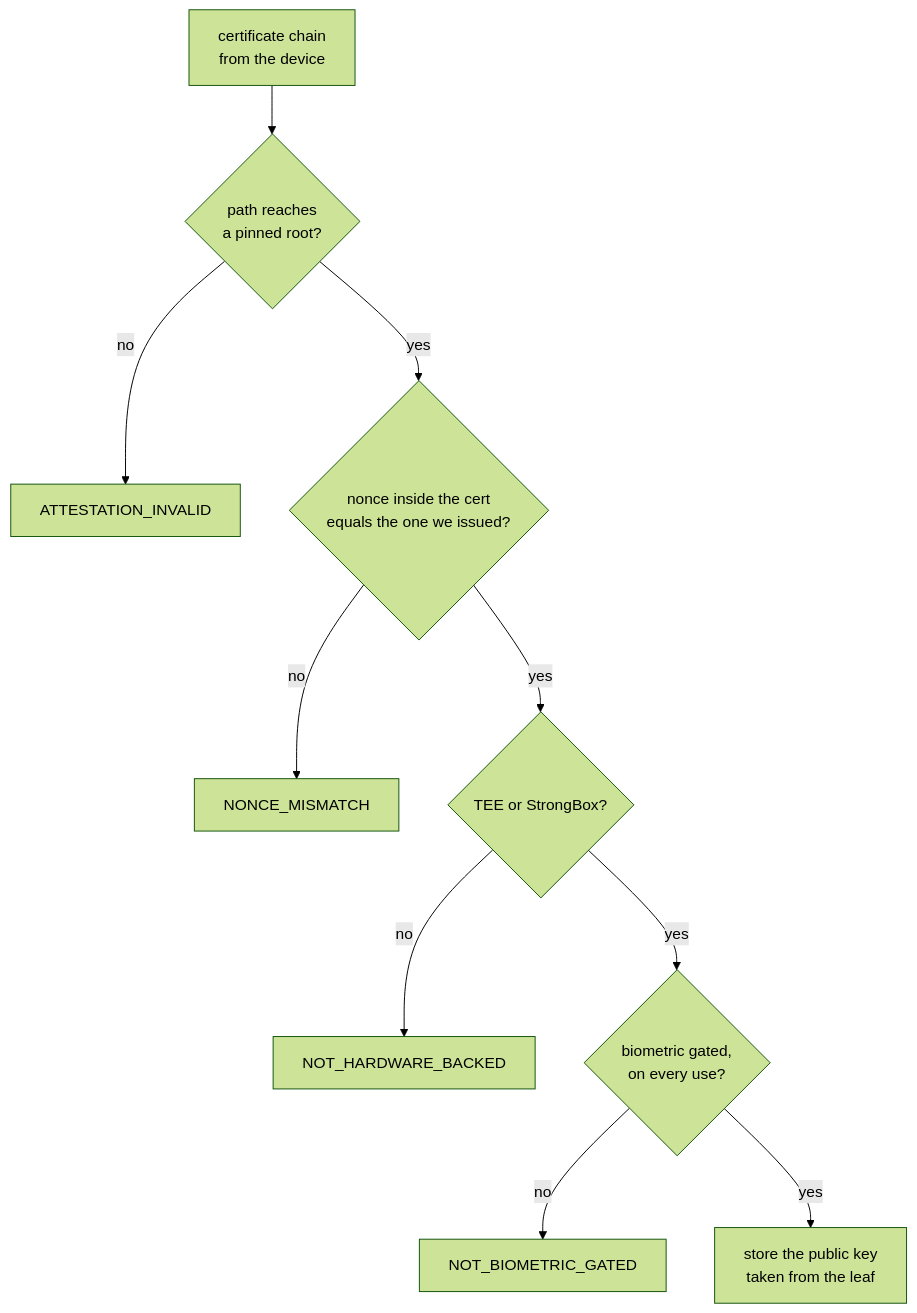
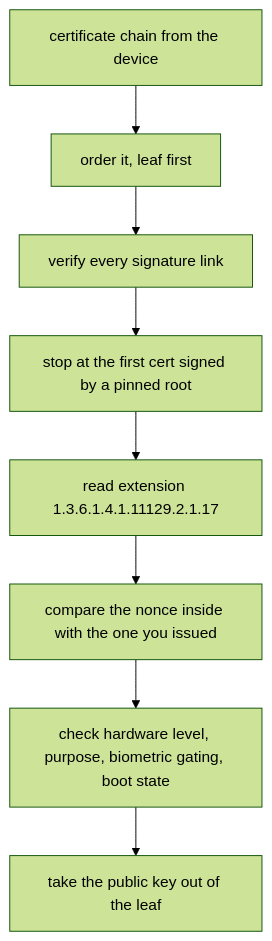
One commit to PabloNAX/attestation-verifier changed the second of 5 diagrams in README.md. Above: the diagram before and after it, drawn with Mermaid (forest theme). The commit also changed other lines of this file, not shown here.

Commit message:
README: one flow diagram per platform, tighter prose

````diff
--- a/README.md
+++ b/README.md
@@ -64,12 +64,13 @@
 ```mermaid
 flowchart TD
-  A["certificate chain<br/>from the device"] --> B{"path reaches<br/>a pinned root?"}
-  B -- no --> X["ATTESTATION_INVALID"]
-  B -- yes --> C{"nonce inside the cert<br/>equals the one we issued?"}
-  C -- no --> Y["NONCE_MISMATCH"]
-  C -- yes --> D{"TEE or StrongBox?"}
-  D -- no --> Z["NOT_HARDWARE_BACKED"]
-  D -- yes --> E{"biometric gated,<br/>on every use?"}
-  E -- no --> W["NOT_BIOMETRIC_GATED"]
-  E -- yes --> F["store the public key<br/>taken from the leaf"]
+    A["certificate chain from the device"]
+    B["order it, leaf first"]
+    C["verify every signature link"]
+    D["stop at the first cert signed by a pinned root"]
+    E["read extension 1.3.6.1.4.1.11129.2.1.17"]
+    F["compare the nonce inside with the one you issued"]
+    G["check hardware level, purpose, biometric gating, boot state"]
+    H["take the public key out of the leaf"]
+
+    A --> B --> C --> D --> E --> F --> G --> H
 ```
````
